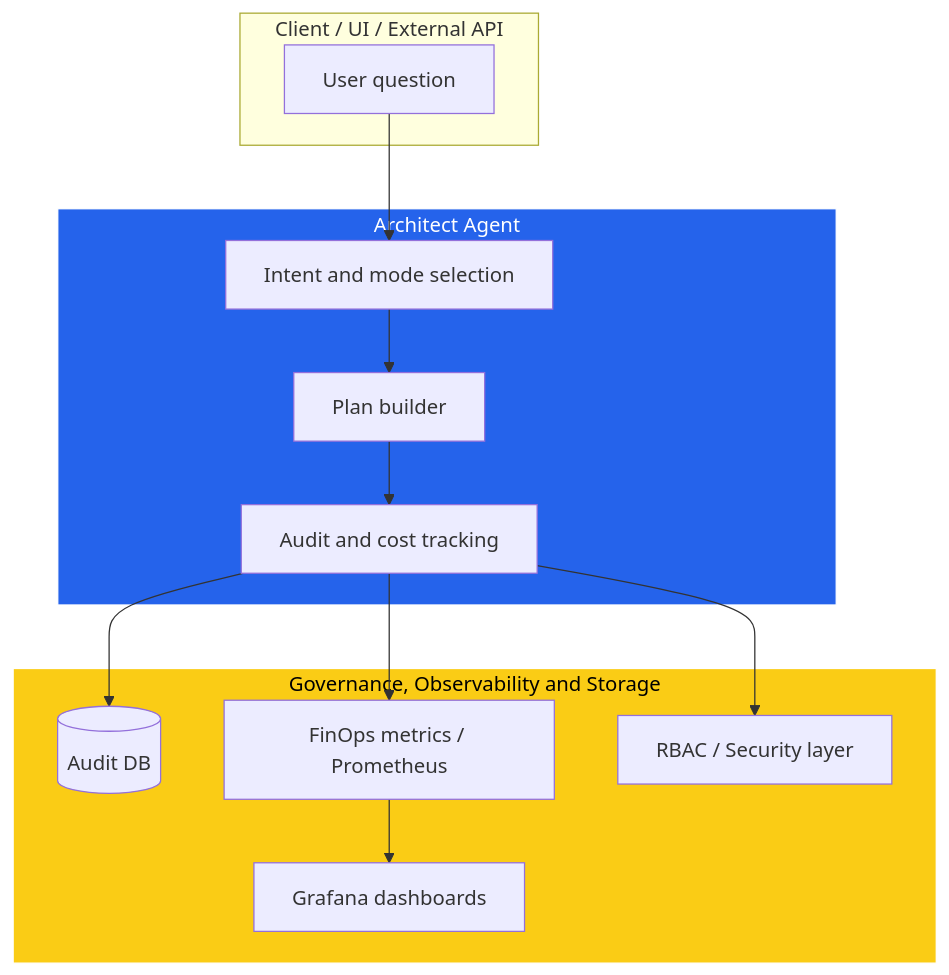
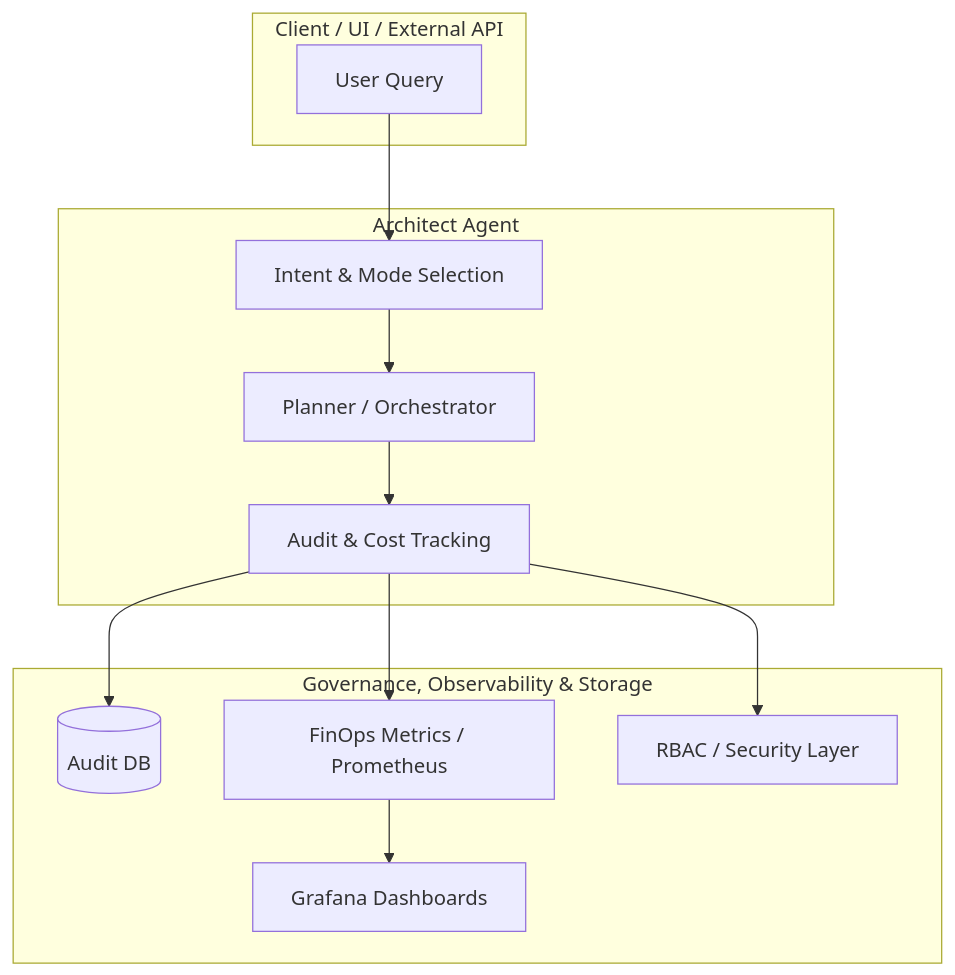
The first of 2 diagrams in README.md (rodrigo-fonseca-oliveira/ai-architect), drawn with Mermaid before and after one commit. The commit also changed other lines of this file and 1 other file, not shown here.

Commit message:
docs: refine mermaid diagrams; clarify Architect vs System scopes; mark RAG vector store as future; add Router and Memory sections

````diff
--- a/README.md
+++ b/README.md
@@ -43,31 +33,24 @@
 ```mermaid
-%% AI Architect Orchestration Diagram (accurate to current code)
 flowchart TD
   subgraph ClientLayer[Client / UI / External API]
-    U[User question]
+    U[User Query]
   end
 
   subgraph ArchitectLayer[Architect Agent]
-    A1[Intent and mode selection]
-    A2[Plan builder]
-    A3[Audit and cost tracking]
+    A1[Intent & Mode Selection]
+    A2[Planner / Orchestrator]
+    A3[Audit & Cost Tracking]
   end
 
-  subgraph Governance[Governance, Observability and Storage]
+  subgraph Governance[Governance, Observability & Storage]
     DB[(Audit DB)]
-    F[FinOps metrics / Prometheus]
-    G[Grafana dashboards]
-    RBAC[RBAC / Security layer]
+    F[FinOps Metrics / Prometheus]
+    G[Grafana Dashboards]
+    RBAC[RBAC / Security Layer]
   end
 
   U --> A1 --> A2 --> A3
   A3 --> DB
   A3 --> F --> G
   A3 --> RBAC
-
-  classDef main fill:#2563eb,stroke:#fff,color:#fff
-  classDef gov fill:#facc15,stroke:#fff,color:#000
-
-  class ArchitectLayer main
-  class Governance gov
 ```
````
